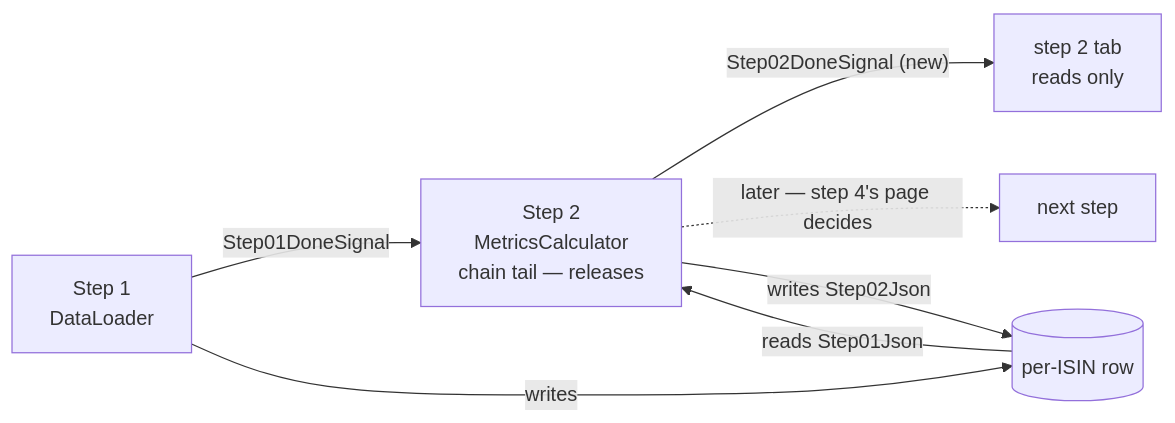
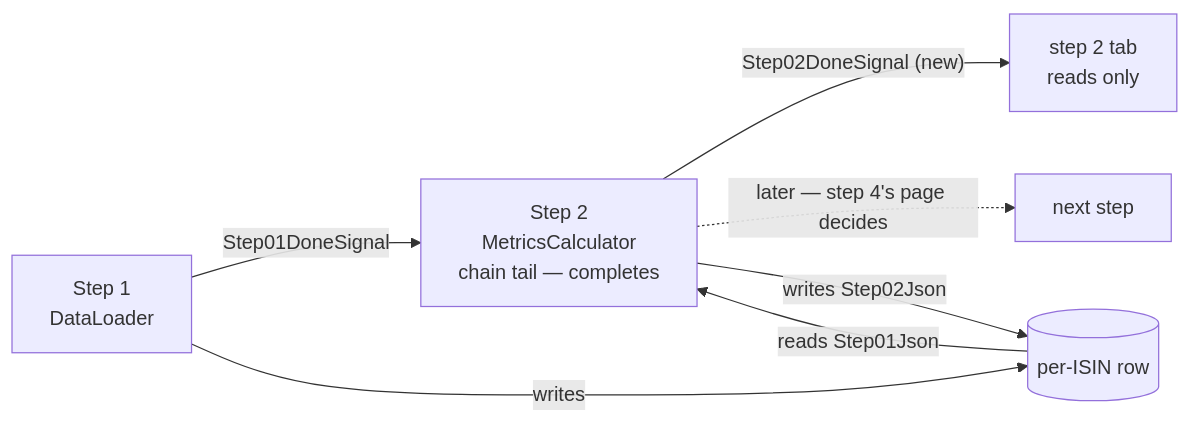
The third of 3 diagrams in Docs/pipeline-redesign/02-metricscalculator.md (Muhomorik/FikaFinans), drawn with Mermaid before and after one commit. The commit also changed other lines of this file and 3 other files, not shown here.

````diff
--- a/Docs/pipeline-redesign/02-metricscalculator.md
+++ b/Docs/pipeline-redesign/02-metricscalculator.md
@@ -522,9 +553,9 @@
 ```mermaid
 flowchart LR
-  s1["Step 1<br/>DataLoader"] -->|"Step01DoneSignal"| s2["Step 2<br/>MetricsCalculator<br/>chain tail — releases"]
+  s1["Step 1<br/>DataLoader"] -->|"Step01DoneSignal"| s2["Step 2<br/>MetricsCalculator<br/>chain tail — completes"]
   s2 -->|"Step02DoneSignal (new)"| tab["step 2 tab<br/>reads only"]
   s2 -.->|"later — step 4's page decides"| next["next step"]
   s1 -->|writes| row[("per-ISIN row")]
   row -->|"reads Step01Json"| s2
   s2 -->|writes Step02Json| row
 ```
````
